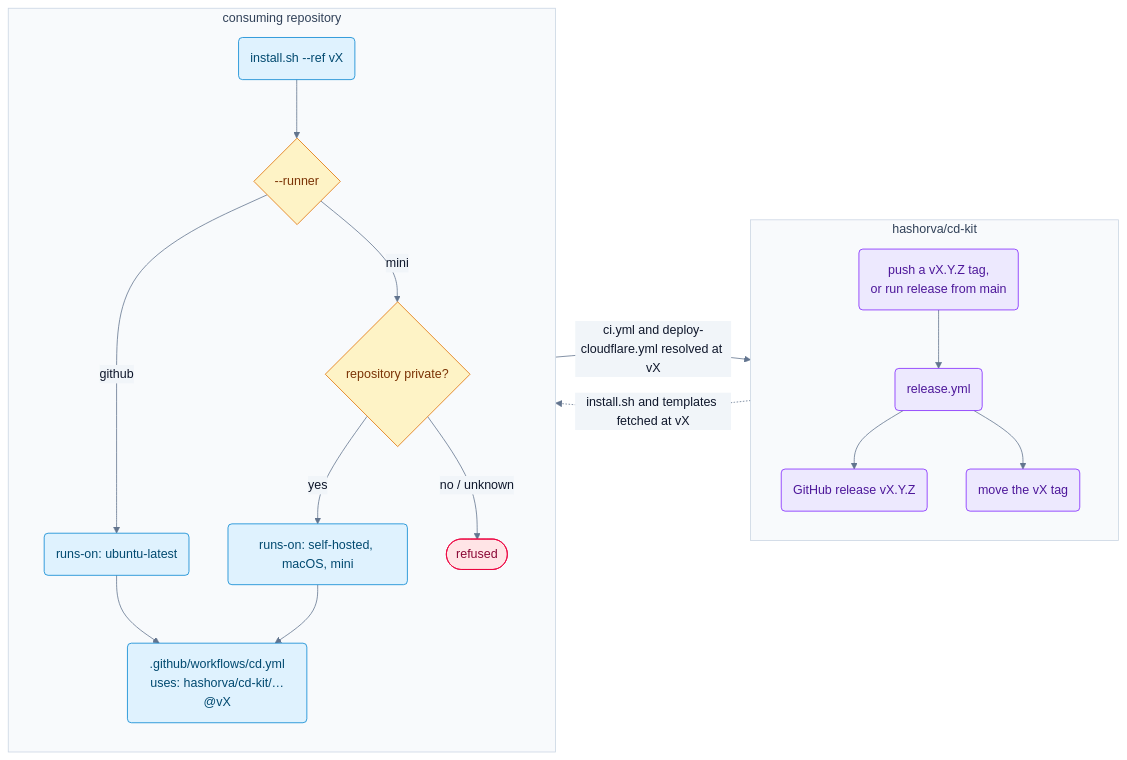
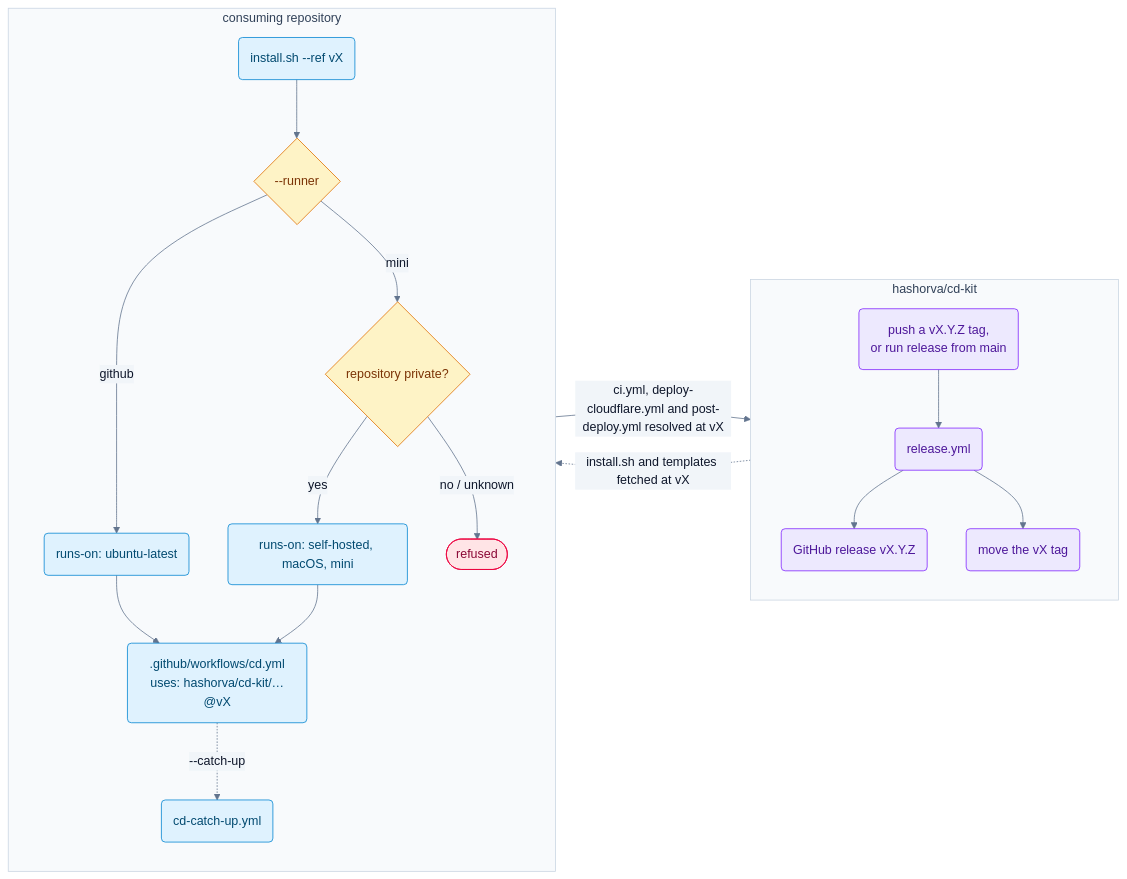
One commit to hashorva/cd-kit changed the third of 3 diagrams in README.md. Above: the diagram before and after it, drawn with Mermaid. The commit also changed other lines of this file and 13 other files, not shown here.

````diff
--- a/README.md
+++ b/README.md
@@ -57,33 +100,34 @@
 ```mermaid
 %%{init: {"theme": "base", "themeVariables": {"fontFamily": "ui-sans-serif, system-ui, sans-serif", "lineColor": "#62748e", "primaryTextColor": "#0f172b", "edgeLabelBackground": "#f1f5f9", "clusterBkg": "#f8fafc", "clusterBorder": "#cad5e2", "titleColor": "#314158"}}}%%
 flowchart LR
   subgraph kit ["hashorva/cd-kit"]
     direction TB
     cut("push a vX.Y.Z tag,<br/>or run release from main") --> release("release.yml")
     release --> ghrelease("GitHub release vX.Y.Z")
     release --> major("move the vX tag")
   end
 
   subgraph consumer ["consuming repository"]
     direction TB
     run("install.sh --ref vX") --> runner{"--runner"}
     runner -- github --> hosted("runs-on: ubuntu-latest")
     runner -- mini --> visibility{"repository private?"}
     visibility -- yes --> mini("runs-on: self-hosted, macOS, mini")
     visibility -- "no / unknown" --> refused(["refused"])
     hosted --> cd(".github/workflows/cd.yml<br/>uses: hashorva/cd-kit/…@vX")
     mini --> cd
+    cd -. "--catch-up" .-> cu("cd-catch-up.yml")
   end
 
   major -. "install.sh and templates fetched at vX" .-> run
-  cd -- "ci.yml and deploy-cloudflare.yml resolved at vX" --> major
+  cd -- "ci.yml, deploy-cloudflare.yml and post-deploy.yml resolved at vX" --> major
 
   classDef release fill:#ede9fe,stroke:#7f22fe,color:#4d179a
   classDef install fill:#dff2fe,stroke:#0084d1,color:#024a70
   classDef decision fill:#fef3c6,stroke:#e17100,color:#7b3306
   classDef refused fill:#ffe4e6,stroke:#ec003f,color:#8b0836
   class cut,release,ghrelease,major release
-  class run,hosted,mini,cd install
+  class run,hosted,mini,cd,cu install
   class runner,visibility decision
   class refused refused
 ```
````
